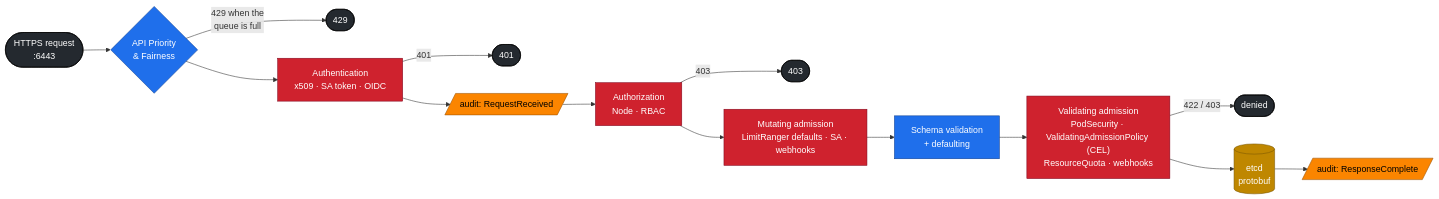
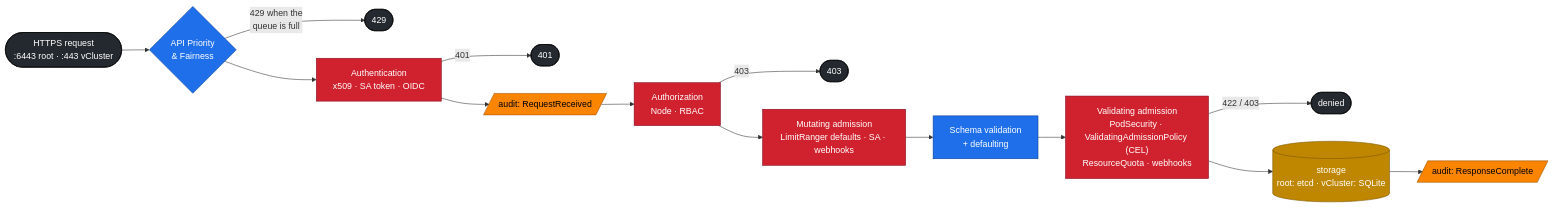
Before and after one commit to cloudone365/technical-depth: the first of 2 diagrams in 02 Kubernetes/02-kube-apiserver-internals.md, drawn with Mermaid. The commit also changed other lines of this file, not shown here.

First line of the commit message:
02 Kubernetes Volume 02: API server internals on kubeadm with two vClusters

````diff
--- a/02 Kubernetes/02-kube-apiserver-internals.md
+++ b/02 Kubernetes/02-kube-apiserver-internals.md
@@ -23,26 +24,26 @@
 ```mermaid
 flowchart LR
-  REQ(["HTTPS request<br/>:6443"]) --> APF{"API Priority<br/>& Fairness"}
+  REQ(["HTTPS request<br/>:6443 root · :443 vCluster"]) --> APF{"API Priority<br/>& Fairness"}
   APF -->|"429 when the<br/>queue is full"| R429(["429"])
   APF --> AUTHN["Authentication<br/>x509 · SA token · OIDC"]
   AUTHN -->|401| R401(["401"])
   AUTHN --> AUDIT1[/"audit: RequestReceived"/]
   AUDIT1 --> AUTHZ["Authorization<br/>Node · RBAC"]
   AUTHZ -->|403| R403(["403"])
   AUTHZ --> MUT["Mutating admission<br/>LimitRanger defaults · SA · webhooks"]
   MUT --> SCHEMA["Schema validation<br/>+ defaulting"]
   SCHEMA --> VAL["Validating admission<br/>PodSecurity · ValidatingAdmissionPolicy (CEL)<br/>ResourceQuota · webhooks"]
   VAL -->|"422 / 403"| RDEN(["denied"])
-  VAL --> STORE[("etcd<br/>protobuf")]
+  VAL --> STORE[("storage<br/>root: etcd · vCluster: SQLite")]
   STORE --> AUDIT2[/"audit: ResponseComplete"/]
   classDef ctrl fill:#1f6feb,stroke:#0b3d91,color:#fff
   classDef sec fill:#cf222e,stroke:#82071e,color:#fff
   classDef store fill:#bf8700,stroke:#7a5600,color:#fff
   classDef obs fill:#fb8500,stroke:#9a5200,color:#000
   classDef ext fill:#24292f,stroke:#000,color:#fff
   class APF,SCHEMA ctrl
   class AUTHN,AUTHZ,MUT,VAL sec
   class STORE store
   class AUDIT1,AUDIT2 obs
   class REQ,R429,R401,R403,RDEN ext
 ```
````
